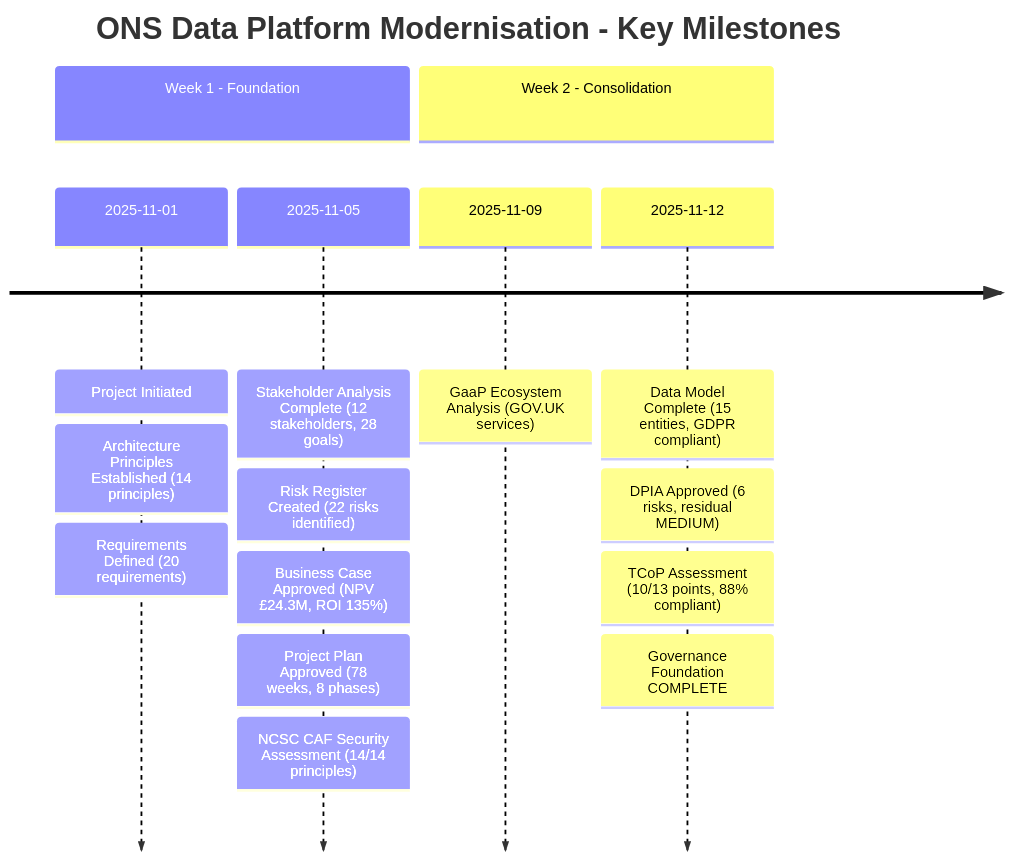
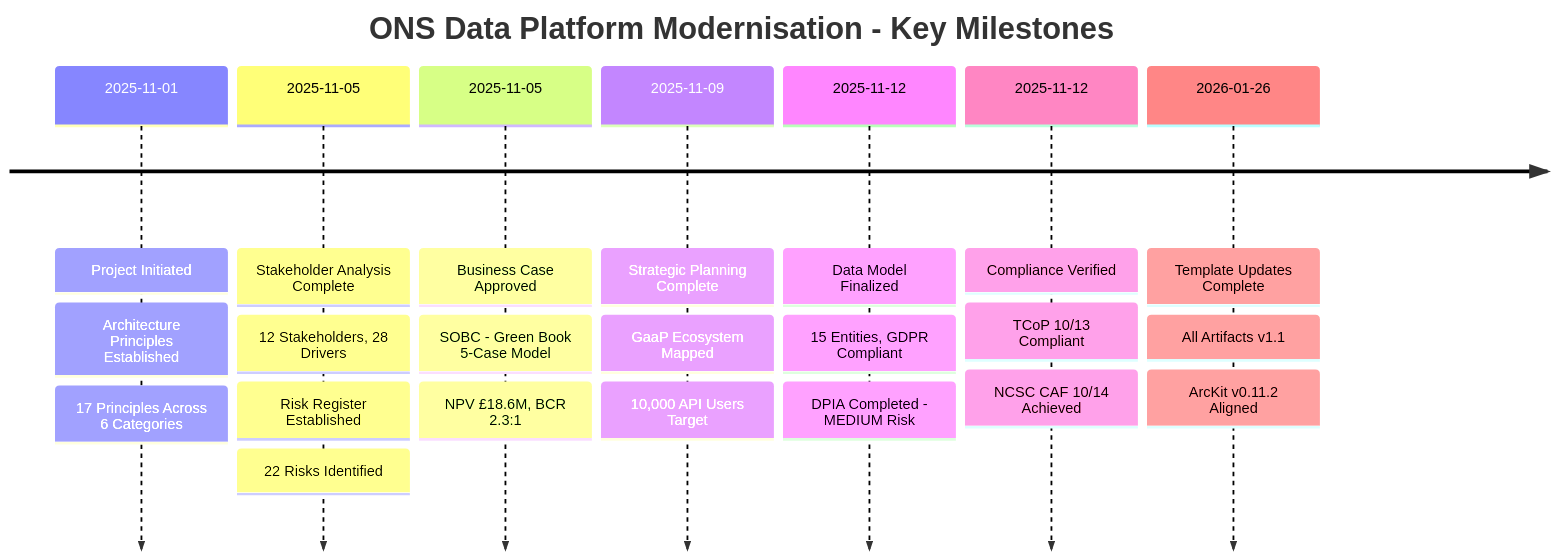
Before and after one commit to tractorjuice/arckit-test-project-v8-ons-data-platform: the fourth of 9 diagrams in projects/001-ons-data-platform-modernisation/PROJECT-STORY.md, drawn with Mermaid. The commit also changed other lines of this file and 10 other files, not shown here.

First line of the commit message:
docs: update ONS project artifacts to template v0.11.2

````diff
--- a/projects/001-ons-data-platform-modernisation/PROJECT-STORY.md
+++ b/projects/001-ons-data-platform-modernisation/PROJECT-STORY.md
@@ -361,19 +193,26 @@
 ```mermaid
 timeline
     title ONS Data Platform Modernisation - Key Milestones
-    section Week 1 - Foundation
-        2025-11-01 : Project Initiated
-                   : Architecture Principles Established (14 principles)
-                   : Requirements Defined (20 requirements)
-        2025-11-05 : Stakeholder Analysis Complete (12 stakeholders, 28 goals)
-                   : Risk Register Created (22 risks identified)
-                   : Business Case Approved (NPV £24.3M, ROI 135%)
-                   : Project Plan Approved (78 weeks, 8 phases)
-                   : NCSC CAF Security Assessment (14/14 principles)
-    section Week 2 - Consolidation
-        2025-11-09 : GaaP Ecosystem Analysis (GOV.UK services)
-        2025-11-12 : Data Model Complete (15 entities, GDPR compliant)
-                   : DPIA Approved (6 risks, residual MEDIUM)
-                   : TCoP Assessment (10/13 points, 88% compliant)
-                   : Governance Foundation COMPLETE
+    2025-11-01 : Project Initiated
+              : Architecture Principles Established
+              : 17 Principles Across 6 Categories
+    2025-11-05 : Stakeholder Analysis Complete
+             : 12 Stakeholders, 28 Drivers
+             : Risk Register Established
+             : 22 Risks Identified
+    2025-11-05 : Business Case Approved
+             : SOBC - Green Book 5-Case Model
+             : NPV £18.6M, BCR 2.3:1
+    2025-11-09 : Strategic Planning Complete
+             : GaaP Ecosystem Mapped
+             : 10,000 API Users Target
+    2025-11-12 : Data Model Finalized
+             : 15 Entities, GDPR Compliant
+             : DPIA Completed - MEDIUM Risk
+    2025-11-12 : Compliance Verified
+             : TCoP 10/13 Compliant
+             : NCSC CAF 10/14 Achieved
+    2026-01-26 : Template Updates Complete
+              : All Artifacts v1.1
+              : ArcKit v0.11.2 Aligned
 ```
````
